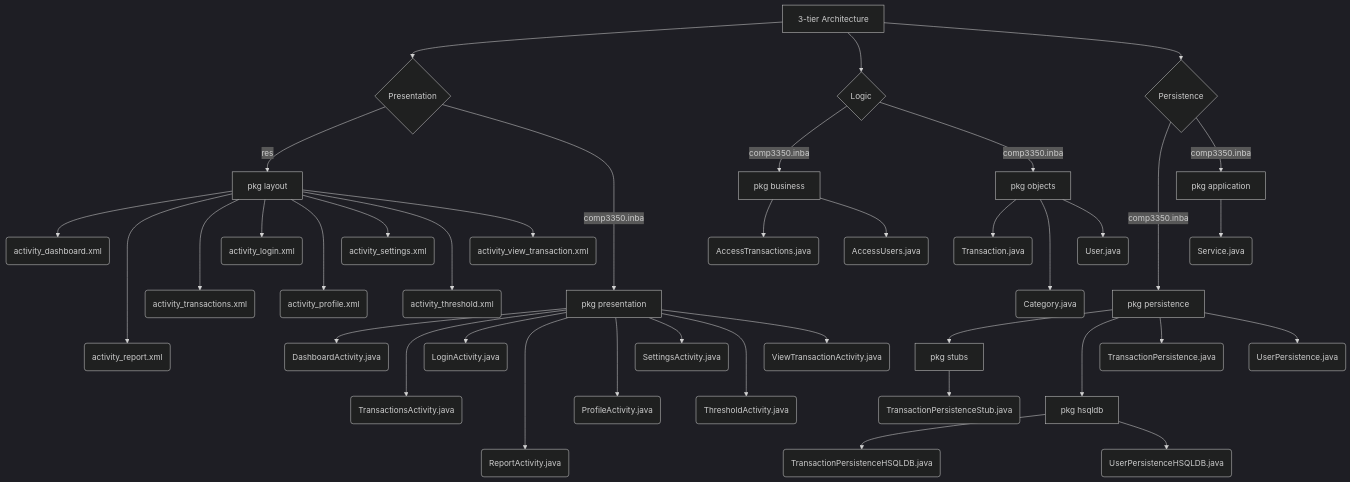
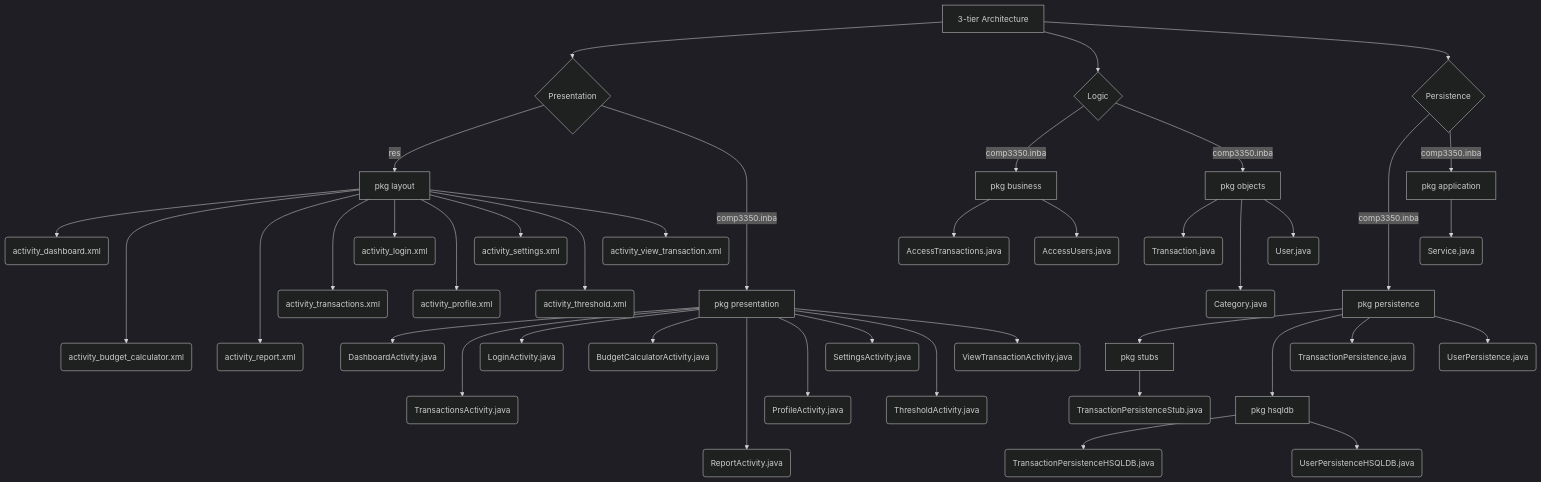
The diagram in ARCHITECTURE.md (ElyonNosa/INBA), drawn with Mermaid (dark theme) before and after one commit.

````diff
--- a/ARCHITECTURE.md
+++ b/ARCHITECTURE.md
@@ -1,45 +1,47 @@
 ```mermaid
 graph TD
     A[3-tier Architecture]
     A --> PR{Presentation}
     A --> L{Logic}
     A --> PE{Persistence}
 
     PR --> |res| R[pkg layout]
     R --> ACTD(activity_dashboard.xml)
+    R ----> ACTBC(activity_budget_calculator.xml)
     R ----> ACTR(activity_report.xml)
     R ---> ACTT(activity_transactions.xml)
     R --> ACTL(activity_login.xml)
     R ---> ACTP(activity_profile.xml)
     R --> ACTS(activity_settings.xml)
     R ---> ACTTH(activity_threshold.xml)
     R --> ACTVT(activity_view_transaction.xml)
     PR ----> |comp3350.inba| PRES[pkg presentation]
     PRES --> DACT(DashboardActivity.java)
     PRES ---> TACT(TransactionsActivity.java)
     PRES --> LACT(LoginActivity.java)
+    PRES --> BCACT(BudgetCalculatorActivity.java)
     PRES ----> RACT(ReportActivity.java)
     PRES ---> PACT(ProfileActivity.java)
     PRES --> SACT(SettingsActivity.java)
     PRES ---> THACT(ThresholdActivity.java)
     PRES --> VTACT(ViewTransactionActivity.java)
 
     L --> |comp3350.inba| BUS[pkg business]
     BUS --> AT(AccessTransactions.java)
     BUS --> AU(AccessUsers.java)
     L --> |comp3350.inba| OBJ[pkg objects]
     OBJ --> TRANS(Transaction.java)
     OBJ ---> CAT(Category.java)
     OBJ --> USER(User.java)
 
     PE ----> |comp3350.inba| PER[pkg persistence]
     PER --> STUB[pkg stubs]
     PER ---> HSQLDB[pkg hsqldb]
     STUB --> TPS(TransactionPersistenceStub.java)
     HSQLDB --> TPH(TransactionPersistenceHSQLDB.java)
     HSQLDB --> UPH(UserPersistenceHSQLDB.java)
     PER --> TP(TransactionPersistence.java)
     PER --> UP(UserPersistence.java)
     PE --> |comp3350.inba| APP[pkg application]
     APP --> SERV(Service.java)
 ```
````
